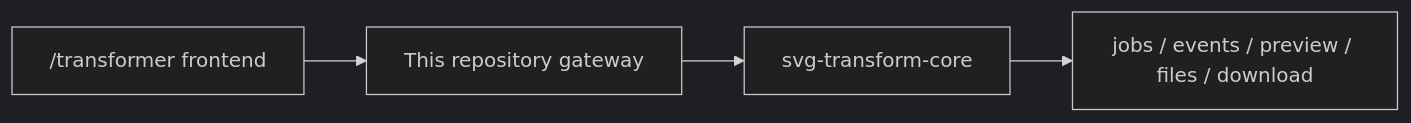
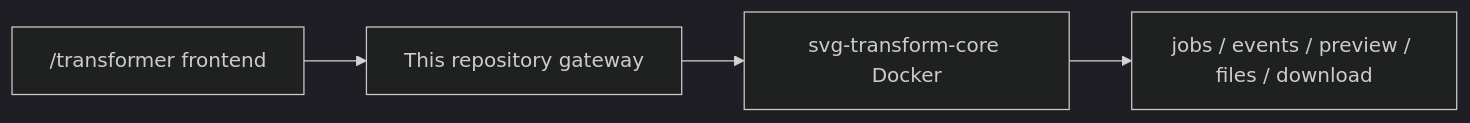
One commit to cnzhhx/svg-to-html changed the diagram in README.en.md. Above: the diagram before and after it, drawn with Mermaid (dark theme). The commit also changed other lines of this file and 12 other files, not shown here.

````diff
--- a/README.en.md
+++ b/README.en.md
@@ -23,6 +23,6 @@
 ```mermaid
 flowchart LR
   UI["/transformer frontend"] --> GW["This repository gateway"]
-  GW --> CORE["svg-transform-core"]
+  GW --> CORE["svg-transform-core Docker"]
   CORE --> JOBS["jobs / events / preview / files / download"]
 ```
````
